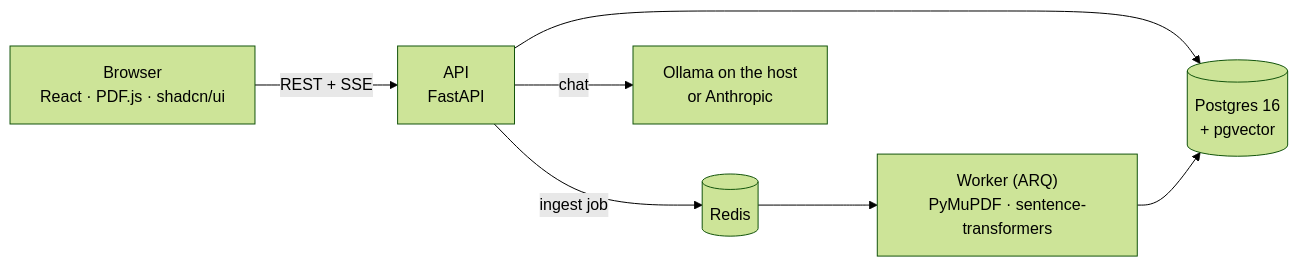
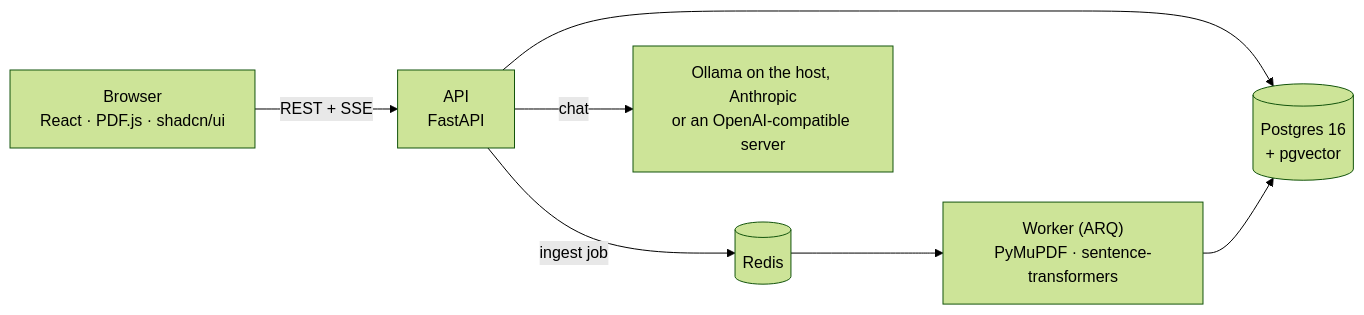
One commit to khannoussi-malek/PaperLab changed the diagram in README.md. Above: the diagram before and after it, drawn with Mermaid (forest theme). The commit also changed other lines of this file and 1 other file, not shown here.

````diff
--- a/README.md
+++ b/README.md
@@ -152,8 +160,8 @@
 ```mermaid
 flowchart LR
   UI["Browser<br/>React · PDF.js · shadcn/ui"] -- "REST + SSE" --> API["API<br/>FastAPI"]
   API --> DB[("Postgres 16<br/>+ pgvector")]
   API -- "ingest job" --> Q[(Redis)] --> W["Worker (ARQ)<br/>PyMuPDF · sentence-transformers"]
   W --> DB
-  API -- "chat" --> LLM["Ollama on the host<br/>or Anthropic"]
+  API -- "chat" --> LLM["Ollama on the host, Anthropic<br/>or an OpenAI-compatible server"]
 ```
````
